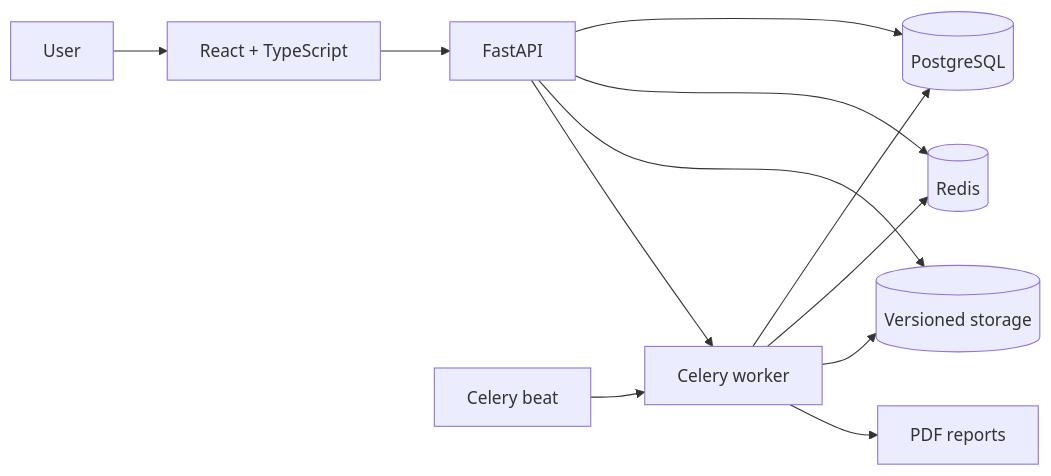
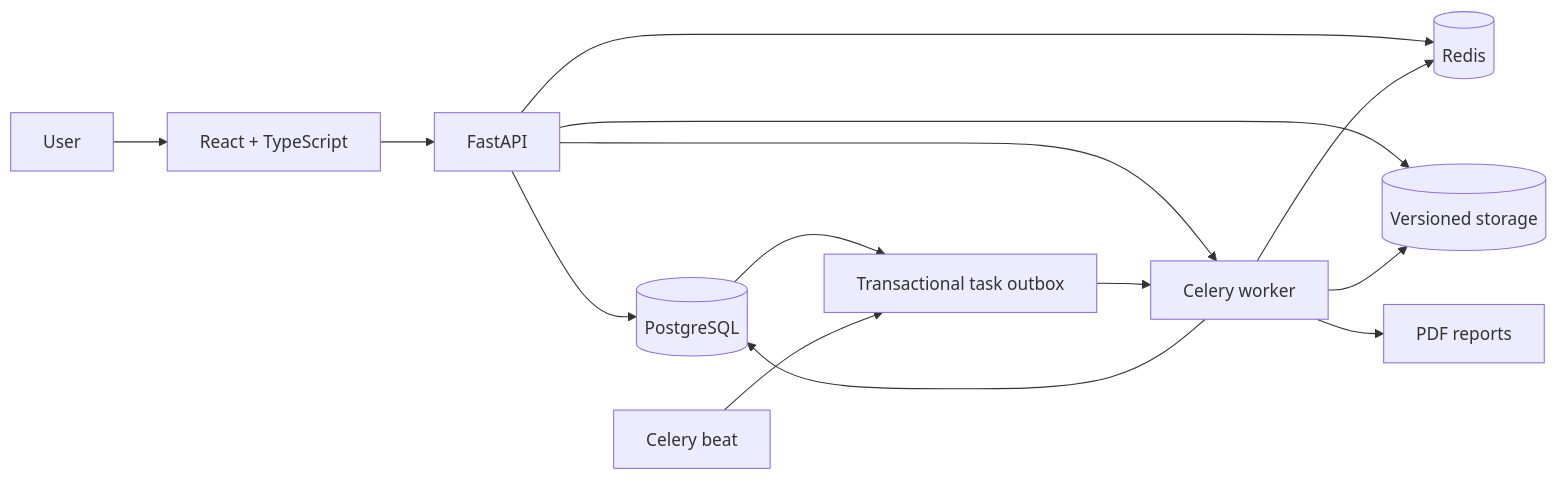
Before and after one commit to MauricioTaguchi/data-analytics-platform: the first of 2 diagrams in docs/ARCHITECTURE.md, drawn with Mermaid. The commit also changed other lines of this file and 83 other files, not shown here.

````diff
--- a/docs/ARCHITECTURE.md
+++ b/docs/ARCHITECTURE.md
@@ -5,14 +5,16 @@
 ```mermaid
 flowchart LR
     U["User"] --> W["React + TypeScript"]
     W --> A["FastAPI"]
     A --> P[("PostgreSQL")]
+    P --> O["Transactional task outbox"]
     A --> R[("Redis")]
     A --> F[("Versioned storage")]
     A --> C["Celery worker"]
-    B["Celery beat"] --> C
+    B["Celery beat"] --> O
+    O --> C
     C --> P
     C --> R
     C --> F
     C --> PDF["PDF reports"]
 ```
````
